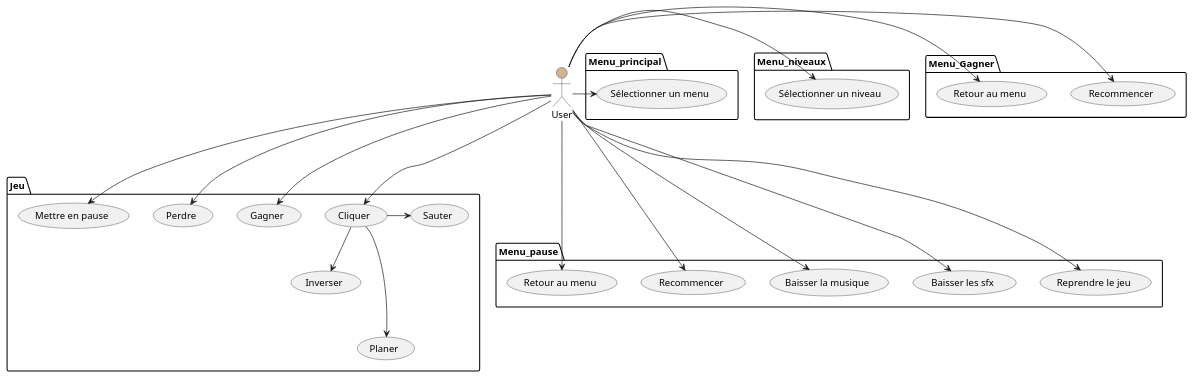
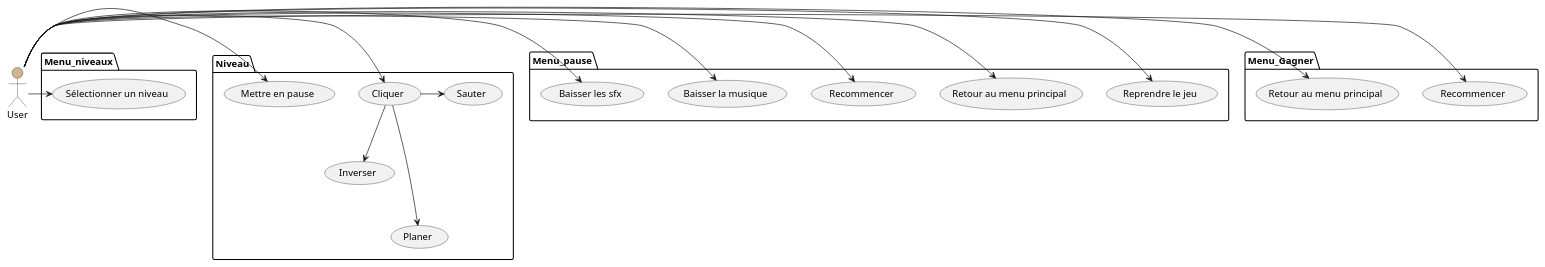
Before and after one commit to 2spoopy4u/Oskour_Inc: the diagram in UseCase.puml, drawn with PlantUML.

Commit message:
Changement useCase

```diff
--- a/UseCase.puml
+++ b/UseCase.puml
@@ -1,58 +1,52 @@
 @startuml
 '!include ../../plantuml-styles/plantuml-ae.iuml
 
 skinparam Shadowing false
 
 skinparam ArrowFontStyle normal
 skinparam ArrowFontName Courier
 skinparam ArrowFontSize 10
 
 :User: as U #tan
 
 :User: as U #tan
 :User: as U #tan
 :User: as U #tan
-package Menu_principal{
-(Sélectionner un menu)
-}
+
 package Menu_niveaux{
 (Sélectionner un niveau)
 }
 package Menu_Gagner{
 (Recommencer) as recoGagner
-(Retour au menu) as menuGagner
+(Retour au menu principal) as menuGagner
 }
 package Menu_pause{
 (Reprendre le jeu)
-(Retour au menu)
+(Retour au menu principal)
 (Recommencer)
 (Baisser la musique)
 (Baisser les sfx)
 }
-package Jeu{
+package Niveau{
 (Cliquer)
 (Sauter)
 (Inverser)
 (Planer)
 (Mettre en pause)
-(Perdre)
-(Gagner)
 }
-U -> (Sélectionner un menu)
 U -> (Sélectionner un niveau)
-U ---> (Cliquer)
+U -> (Cliquer)
 U -> (Mettre en pause)
-U ----> (Reprendre le jeu)
-U -> (Retour au menu)
+U -> (Reprendre le jeu)
+U -> (Retour au menu principal)
 U -> (Recommencer)
 U -> (Baisser la musique)
 U -> (Baisser les sfx)
-U -> (Perdre)
-U -> (Gagner)
+
 U -> recoGagner
 U -> menuGagner
 (Cliquer)->(Sauter)
 (Cliquer)-->(Inverser)
 (Cliquer)--->(Planer)
 '!include ../../plantuml-styles/ae-copyright-footer.txt
 @enduml
```
